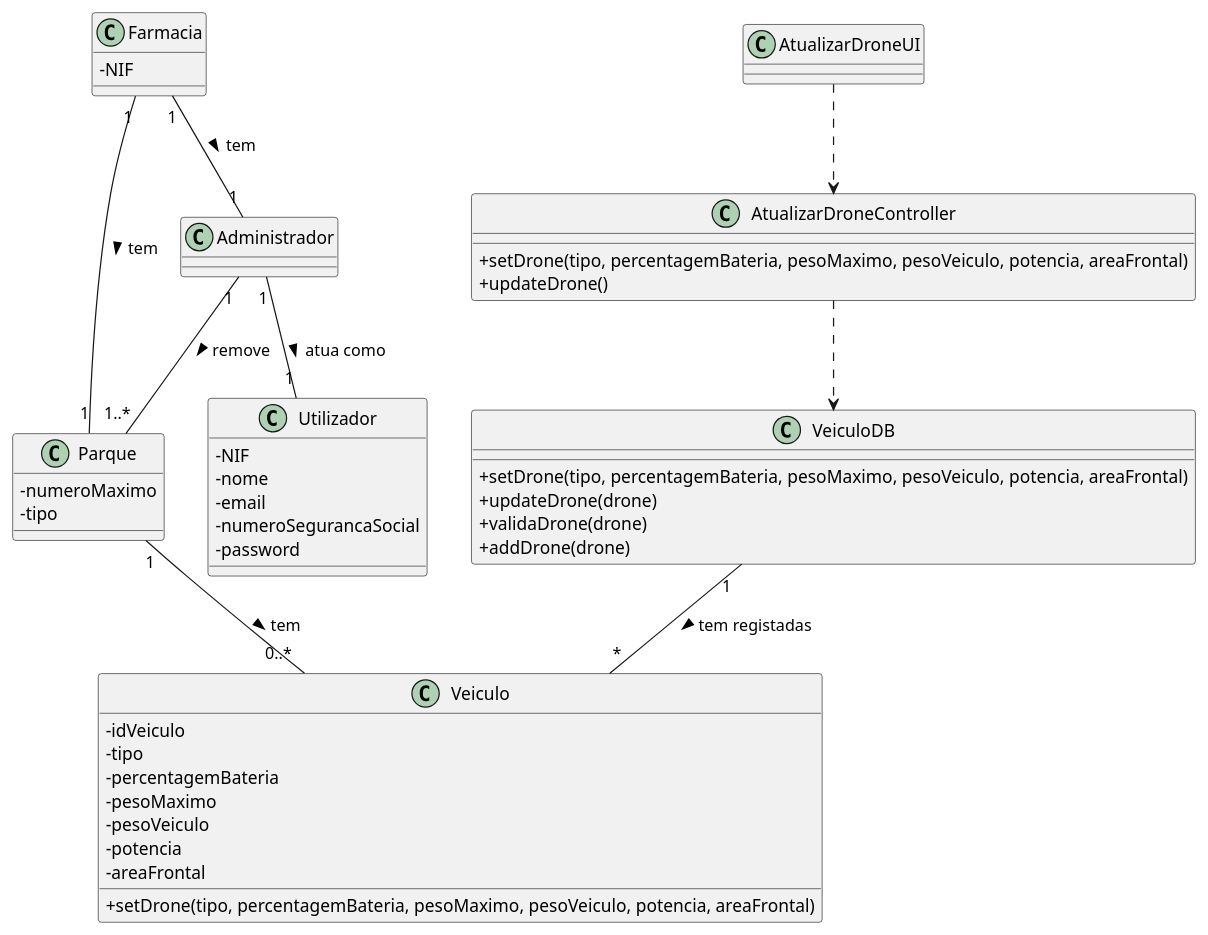
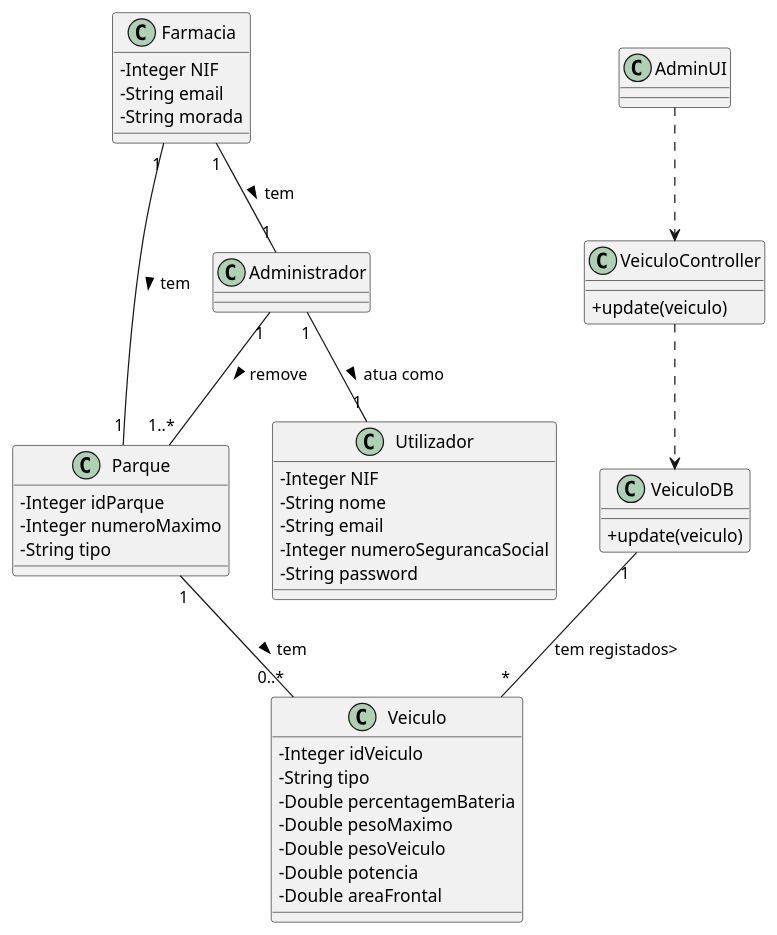
One commit to pedrolemos4/LAPR3 changed the diagram in docs/UC174/AtualizarDroneCD.puml. Above: the diagram before and after it, drawn with PlantUML. The commit also changed 7 other files, not shown here.

Commit message:
LAP3AP4-177 #close Atualizar Drone [Review]

```diff
--- a/docs/UC174/AtualizarDroneCD.puml
+++ b/docs/UC174/AtualizarDroneCD.puml
@@ -1,57 +1,58 @@
 @startuml
 skinparam classAttributeIconSize 0
 
 class VeiculoDB {
-  +setDrone(tipo, percentagemBateria, pesoMaximo, pesoVeiculo, potencia, areaFrontal)
-  +updateDrone(drone)
-  +validaDrone(drone)
-  +addDrone(drone)
+  +update(veiculo)
 }
 
-class AtualizarDroneController {
-    +setDrone(tipo, percentagemBateria, pesoMaximo, pesoVeiculo, potencia, areaFrontal)
-    +updateDrone()
+class VeiculoController {
+    +update(veiculo)
 }
 
-class AtualizarDroneUI {
+class AdminUI {
+}
+
+
+class Parque {
+  -Integer idParque
+  -Integer numeroMaximo
+  -String tipo
+}
+
+class Farmacia {
+  -Integer NIF
+  -String email
+  -String morada
+}
+
+class Utilizador {
+  -Integer NIF
+  -String nome
+  -String email
+  -Integer numeroSegurancaSocial
+  -String password
 }
 
 class Veiculo {
-   -idVeiculo
-   -tipo
-   -percentagemBateria
-   -pesoMaximo
-   -pesoVeiculo
-   -potencia
-   -areaFrontal
-   +setDrone(tipo, percentagemBateria, pesoMaximo, pesoVeiculo, potencia, areaFrontal)
-}
-
-class Parque {
-  -numeroMaximo
-  -tipo
-}
-
-class Farmacia {
-  -NIF
-}
-
-class Utilizador {
-  -NIF
-  -nome
-  -email
-  -numeroSegurancaSocial
-  -password
+  -Integer idVeiculo
+  -String tipo
+  -Double percentagemBateria
+  -Double pesoMaximo
+  -Double pesoVeiculo
+  -Double potencia
+  -Double areaFrontal
 }
 
 Administrador "1" -- "1" Utilizador: atua como >
 Administrador "1" -- "1..*" Parque: remove >
 Farmacia "1" -- "1" Parque: tem >
 Farmacia "1" -- "1" Administrador: tem >
 Parque "1" -- "0..*" Veiculo: tem > 
+VeiculoDB "1" -- "*" Veiculo: tem registados> 
 
-AtualizarDroneUI ..> AtualizarDroneController 
+AdminUI ..> VeiculoController 
 
-AtualizarDroneController ..> VeiculoDB
-VeiculoDB "1" -- "*" Veiculo: tem registadas >
+VeiculoController ..> VeiculoDB
+
+
 @enduml
```
